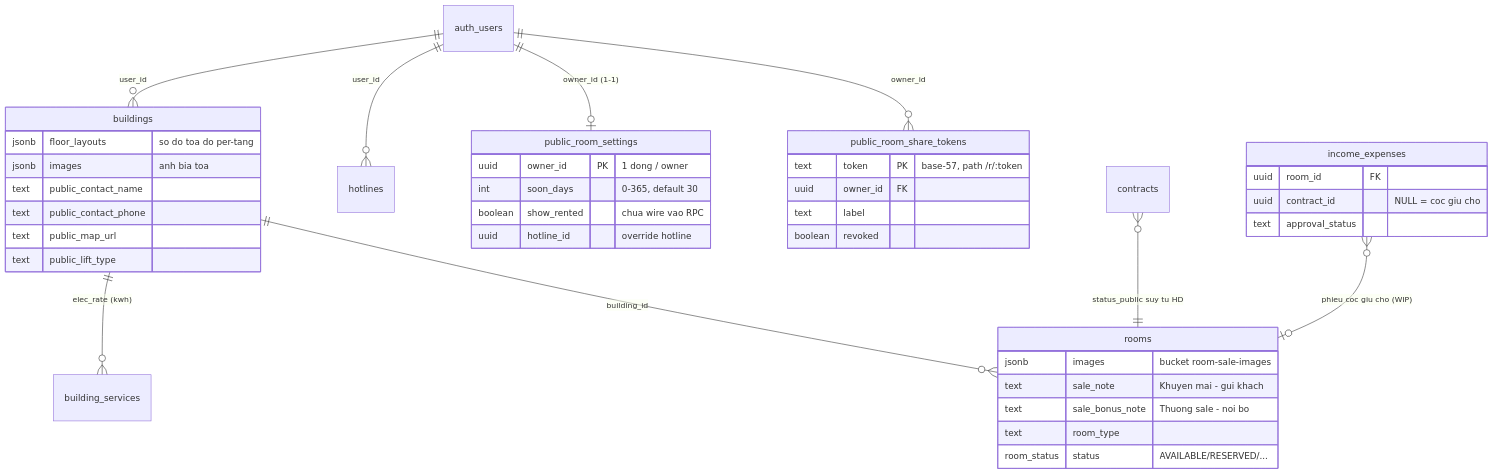
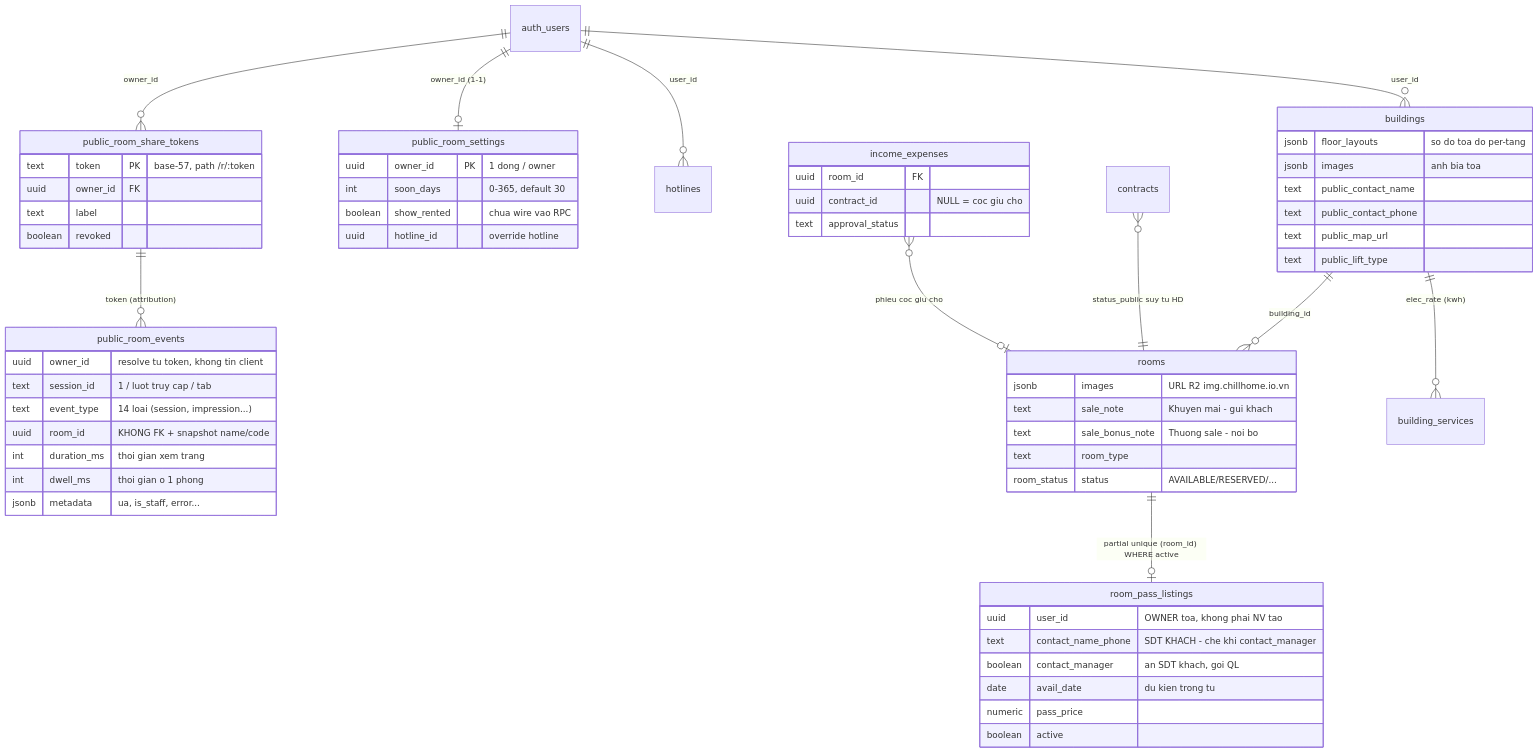
The second of 4 diagrams in docs/he-thong/15-kenh-cong-khai-sale-thu-tien.md (zxGreenxz/whiteboard-ihomecrm), drawn with Mermaid before and after one commit. The commit also changed other lines of this file and 20 other files, not shown here.

````diff
--- a/docs/he-thong/15-kenh-cong-khai-sale-thu-tien.md
+++ b/docs/he-thong/15-kenh-cong-khai-sale-thu-tien.md
@@ -128,44 +185,63 @@
 ```mermaid
 erDiagram
     auth_users ||--o{ public_room_share_tokens : "owner_id"
     auth_users ||--o| public_room_settings : "owner_id (1-1)"
     auth_users ||--o{ hotlines : "user_id"
     auth_users ||--o{ buildings : "user_id"
+    public_room_share_tokens ||--o{ public_room_events : "token (attribution)"
 
     public_room_share_tokens {
         text token PK "base-57, path /r/:token"
         uuid owner_id FK
         text label
         boolean revoked
+    }
+    public_room_events {
+        uuid owner_id "resolve tu token, khong tin client"
+        text session_id "1 / luot truy cap / tab"
+        text event_type "14 loai (session, impression...)"
+        uuid room_id "KHONG FK + snapshot name/code"
+        int duration_ms "thoi gian xem trang"
+        int dwell_ms "thoi gian o 1 phong"
+        jsonb metadata "ua, is_staff, error..."
+    }
+    rooms ||--o| room_pass_listings : "partial unique (room_id) WHERE active"
+    room_pass_listings {
+        uuid user_id "OWNER toa, khong phai NV tao"
+        text contact_name_phone "SDT KHACH - che khi contact_manager"
+        boolean contact_manager "an SDT khach, goi QL"
+        date avail_date "du kien trong tu"
+        numeric pass_price
+        boolean active
     }
     public_room_settings {
         uuid owner_id PK "1 dong / owner"
         int soon_days "0-365, default 30"
         boolean show_rented "chua wire vao RPC"
         uuid hotline_id "override hotline"
     }
     buildings ||--o{ rooms : "building_id"
     buildings ||--o{ building_services : "elec_rate (kwh)"
     buildings {
         jsonb floor_layouts "so do toa do per-tang"
         jsonb images "anh bia toa"
         text public_contact_name
         text public_contact_phone
         text public_map_url
         text public_lift_type
     }
     rooms {
-        jsonb images "bucket room-sale-images"
+        jsonb images "URL R2 img.chillhome.io.vn"
         text sale_note "Khuyen mai - gui khach"
         text sale_bonus_note "Thuong sale - noi bo"
         text room_type
         room_status status "AVAILABLE/RESERVED/..."
     }
     contracts }o--|| rooms : "status_public suy tu HD"
-    income_expenses }o--o| rooms : "phieu coc giu cho (WIP)"
+    income_expenses }o--o| rooms : "phieu coc giu cho"
     income_expenses {
         uuid room_id FK
         uuid contract_id "NULL = coc giu cho"
         text approval_status
     }
 ```
````
